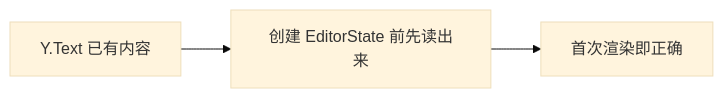
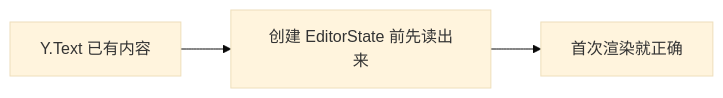
One commit to swarm-apps/SwarmNote changed the fourth of 6 diagrams in dev-notes/cm6-from-0-to-1/11-把协作编辑接到-YText-y-codemirror-next-和-awareness-上.md. Above: the diagram before and after it, drawn with Mermaid (base theme). The commit also changed other lines of this file and 9 other files, not shown here.

````diff
--- a/dev-notes/cm6-from-0-to-1/11-把协作编辑接到-YText-y-codemirror-next-和-awareness-上.md
+++ b/dev-notes/cm6-from-0-to-1/11-把协作编辑接到-YText-y-codemirror-next-和-awareness-上.md
@@ -119,5 +134,5 @@
 ```mermaid
 graph LR
     A[Y.Text 已有内容] --> B[创建 EditorState 前先读出来]
-    B --> C[首次渲染即正确]
+    B --> C[首次渲染就正确]
 ```
````
